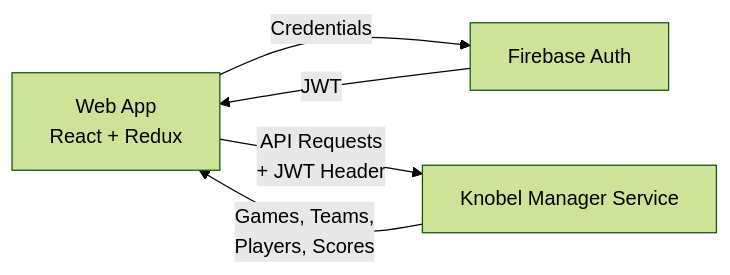
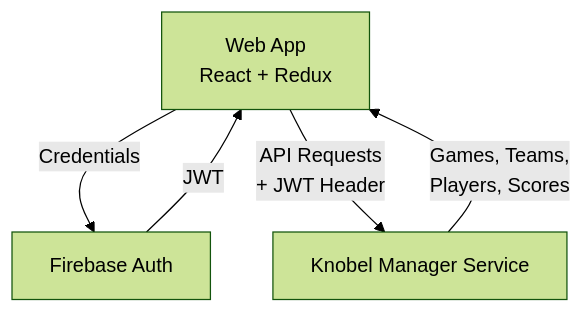
Before and after one commit to henok321/knobel-manager-app: the diagram in README.md, drawn with Mermaid.

Commit message:
docs: update diagram direction

````diff
--- a/README.md
+++ b/README.md
@@ -11,11 +11,11 @@
 ```mermaid
 ---
 config:
     theme: forest
 ---
-graph LR
+graph TD
     Web-App[Web App<br/>React + Redux] -->|Credentials| Auth[Firebase Auth]
     Auth -->|JWT| Web-App
     Web-App -->|API Requests<br/>+ JWT Header| Backend[Knobel Manager Service]
     Backend -->|Games, Teams,<br/>Players, Scores| Web-App
 ```
````
